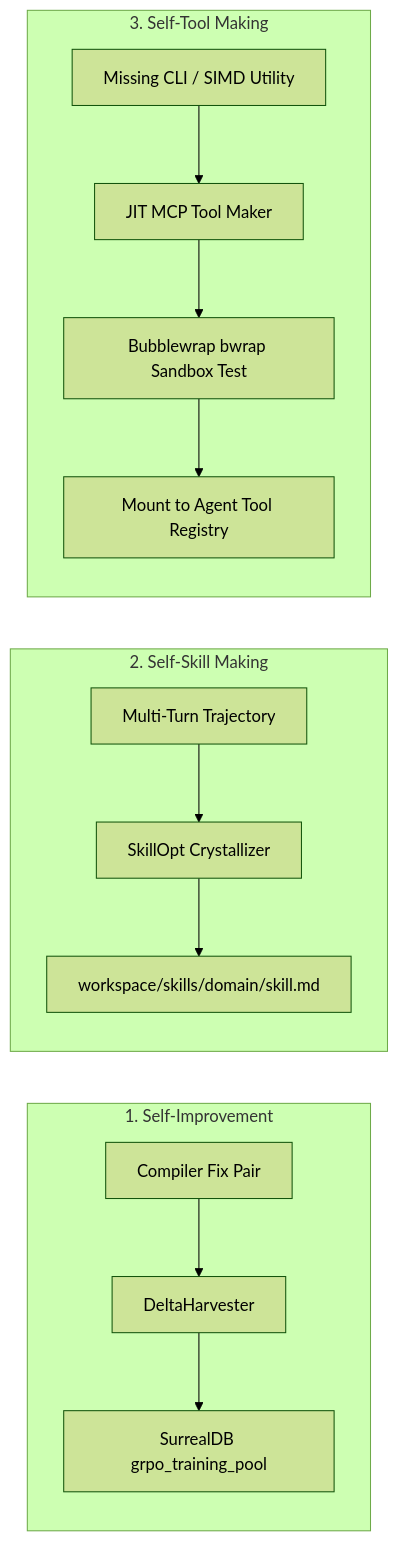
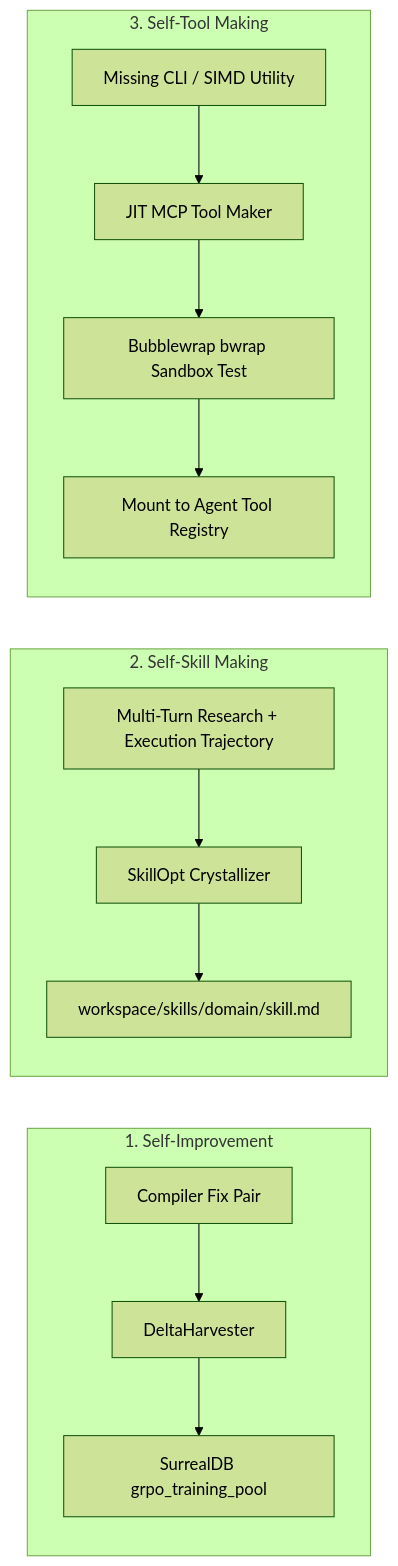
The fourth of 4 diagrams in diagram.md (FaezBarghasa/Oxide-Tech-Local-Agent), drawn with Mermaid (forest theme) before and after one commit. The commit also changed other lines of this file and 19 other files, not shown here.

````diff
--- a/diagram.md
+++ b/diagram.md
@@ -75,18 +111,18 @@
 ```mermaid
 graph LR
     subgraph SelfImprovement [1. Self-Improvement]
         Fix[Compiler Fix Pair] --> Delta[DeltaHarvester]
         Delta --> Training[SurrealDB grpo_training_pool]
     end
 
     subgraph SelfSkillMaking [2. Self-Skill Making]
-        Traj[Multi-Turn Trajectory] --> Crystallizer[SkillOpt Crystallizer]
+        Traj[Multi-Turn Research + Execution Trajectory] --> Crystallizer[SkillOpt Crystallizer]
         Crystallizer --> SkillMD[workspace/skills/domain/skill.md]
     end
 
     subgraph SelfToolMaking [3. Self-Tool Making]
         Missing[Missing CLI / SIMD Utility] --> ToolMaker[JIT MCP Tool Maker]
         ToolMaker --> Bwrap[Bubblewrap bwrap Sandbox Test]
         Bwrap --> Mounted[Mount to Agent Tool Registry]
     end
 ```
````
